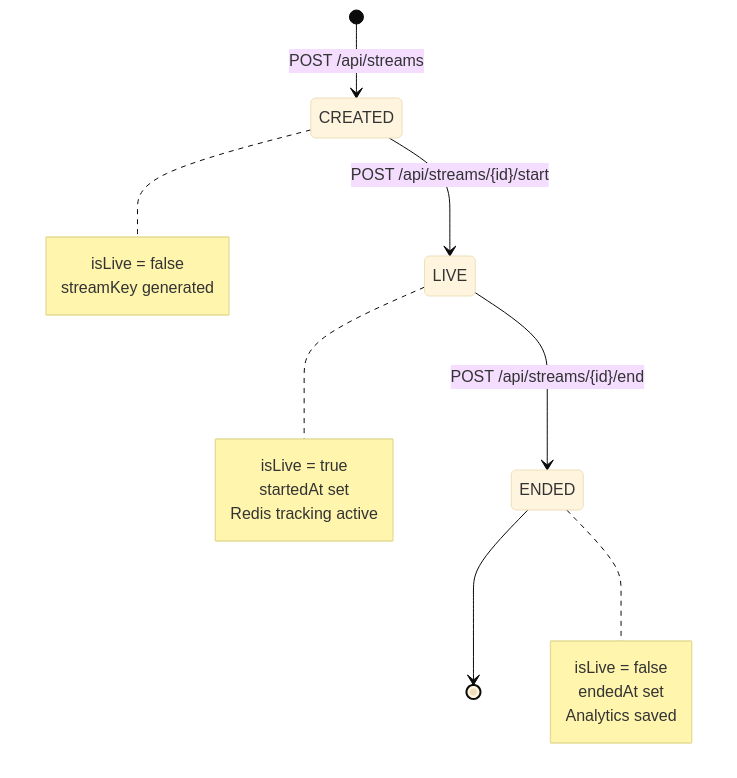
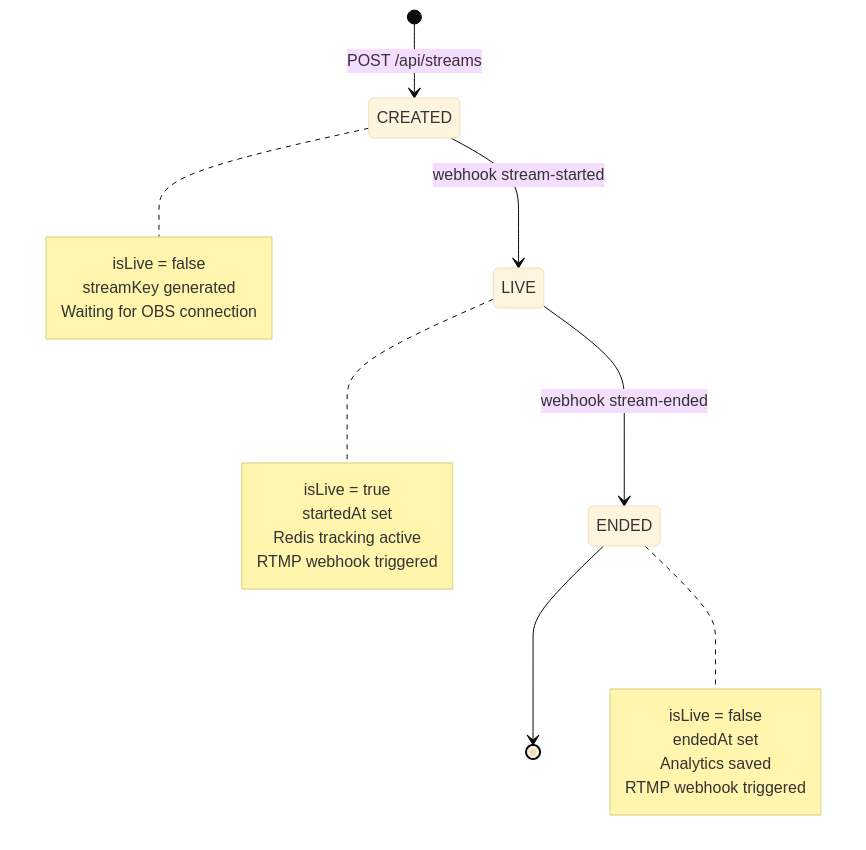
The fifth of 7 diagrams in docs/business_flows.md (HungPhan200591/live-stream-backend), drawn with Mermaid (base theme) before and after one commit. The commit also changed other lines of this file and 17 other files, not shown here.

Commit message:
feat: Implement live stream management APIs, RTMP webhooks, and supporting documentation.

````diff
--- a/docs/business_flows.md
+++ b/docs/business_flows.md
@@ -447,24 +457,27 @@
 ```mermaid
 stateDiagram-v2
     [*] --> CREATED: POST /api/streams
-    CREATED --> LIVE: POST /api/streams/{id}/start
-    LIVE --> ENDED: POST /api/streams/{id}/end
+    CREATED --> LIVE: webhook stream-started
+    LIVE --> ENDED: webhook stream-ended
     ENDED --> [*]
     
     note right of CREATED
         isLive = false
         streamKey generated
+        Waiting for OBS connection
     end note
     
     note right of LIVE
         isLive = true
         startedAt set
         Redis tracking active
+        RTMP webhook triggered
     end note
     
     note right of ENDED
         isLive = false
         endedAt set
         Analytics saved
+        RTMP webhook triggered
     end note
 ```
````
